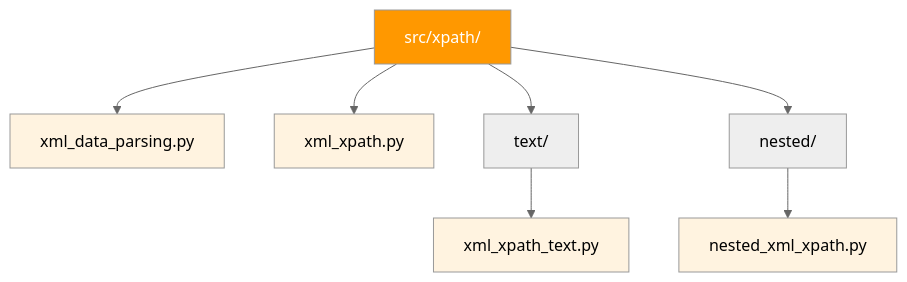
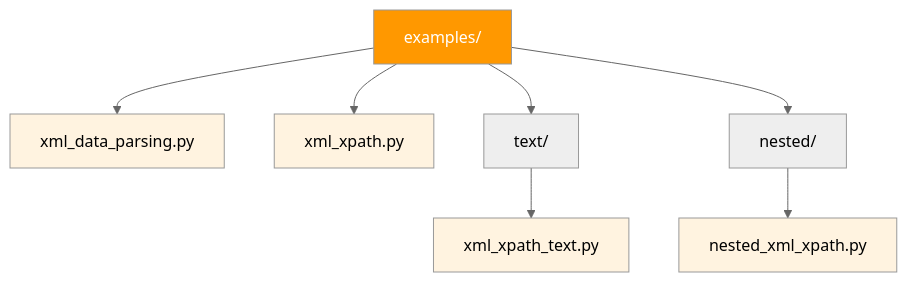
The diagram in spark-python/pyspark-datasource/pyspark-ds-xml/spark-xpath/docs/api-reference.md (mahfooziiitian/spark-batch), drawn with Mermaid (neutral theme) before and after one commit. The commit also changed other lines of this file and 191 other files, not shown here.

````diff
--- a/spark-python/pyspark-datasource/pyspark-ds-xml/spark-xpath/docs/api-reference.md
+++ b/spark-python/pyspark-datasource/pyspark-ds-xml/spark-xpath/docs/api-reference.md
@@ -9,15 +9,15 @@
 ```mermaid
 graph TD
-    A["src/xpath/"] --> B["xml_data_parsing.py"]
+    A["examples/"] --> B["xml_data_parsing.py"]
     A --> C["xml_xpath.py"]
     A --> D["text/"]
     A --> E["nested/"]
     D --> F["xml_xpath_text.py"]
     E --> G["nested_xml_xpath.py"]
 
     style A fill:#ff9800,color:#fff
     style B fill:#fff3e0,color:#000
     style C fill:#fff3e0,color:#000
     style F fill:#fff3e0,color:#000
     style G fill:#fff3e0,color:#000
 ```
````
